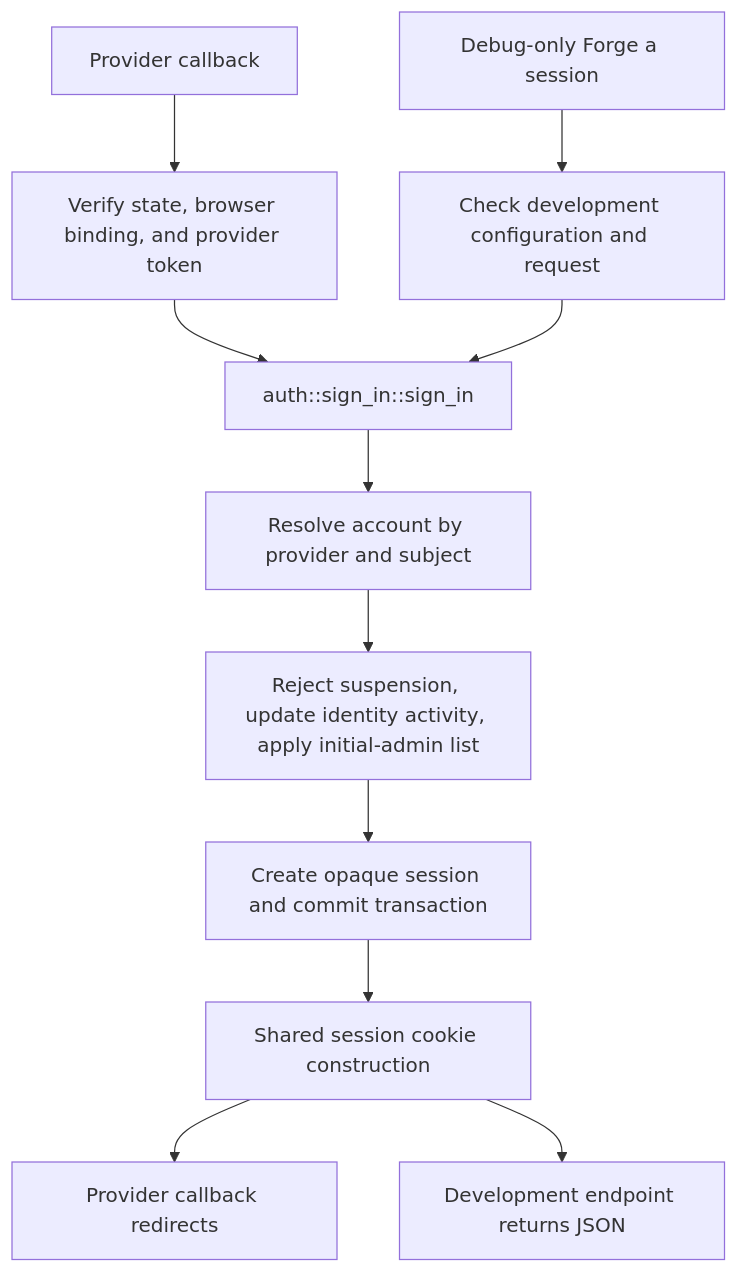
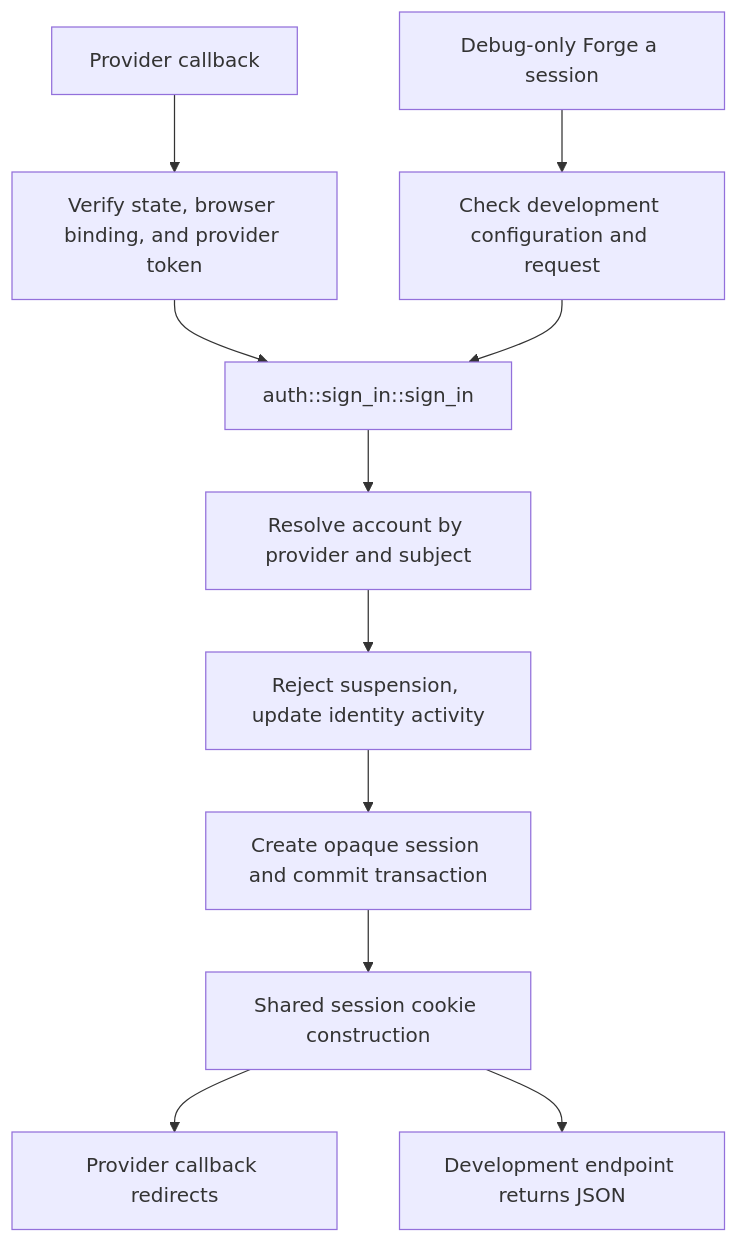
One commit to brporter/pinvoyager changed the second of 2 diagrams in docs/architecture/auth-flow.md. Above: the diagram before and after it, drawn with Mermaid. The commit also changed other lines of this file and 81 other files, not shown here.

````diff
--- a/docs/architecture/auth-flow.md
+++ b/docs/architecture/auth-flow.md
@@ -70,13 +79,13 @@
 ```mermaid
 flowchart TD
     Provider[Provider callback] --> Verify[Verify state, browser binding, and provider token]
     Verify --> Shared[auth::sign_in::sign_in]
     Dev[Debug-only Forge a session] --> Check[Check development configuration and request]
     Check --> Shared
     Shared --> Account[Resolve account by provider and subject]
-    Account --> Policy[Reject suspension, update identity activity, apply initial-admin list]
+    Account --> Policy[Reject suspension, update identity activity]
     Policy --> Session[Create opaque session and commit transaction]
     Session --> Cookie[Shared session cookie construction]
     Cookie --> Redirect[Provider callback redirects]
     Cookie --> JSON[Development endpoint returns JSON]
 ```
````
